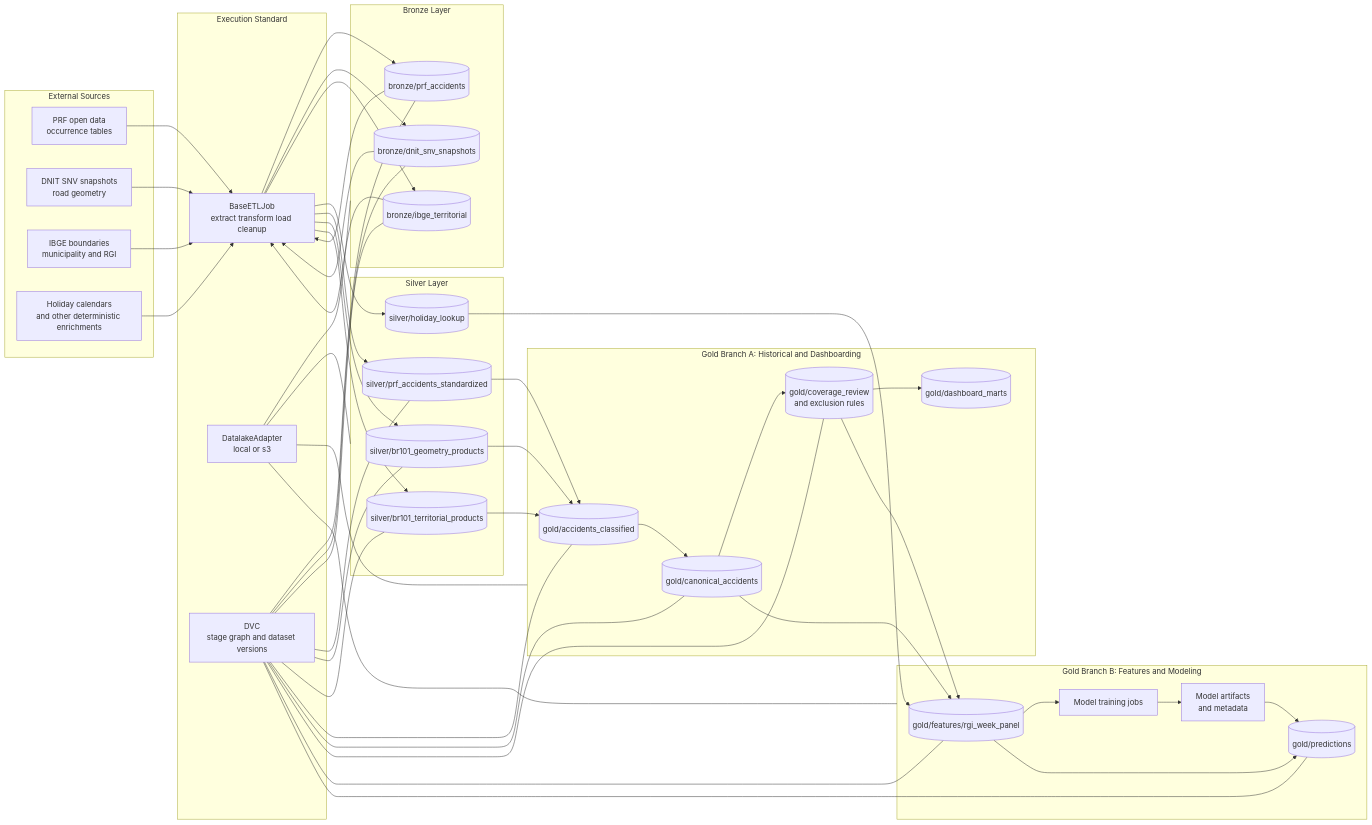
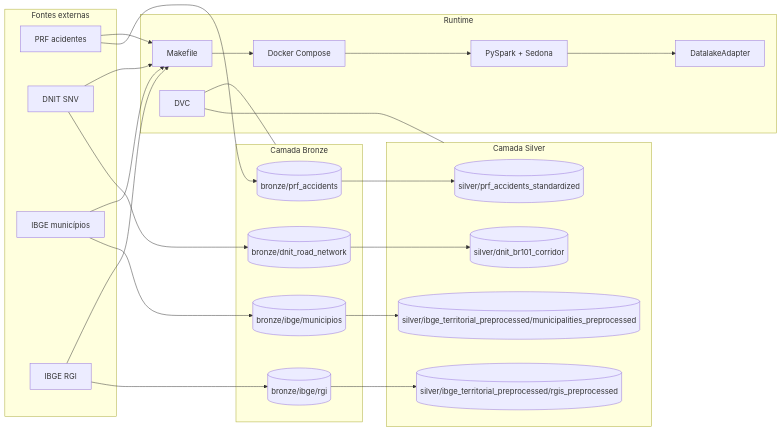
One commit to alwolmer/radar-prf-101 changed the diagram in documentation/br101-architecture.md. Above: the diagram before and after it, drawn with Mermaid. The commit also changed other lines of this file and 7 other files, not shown here.

Commit message:
feat: add ibge bronze2silver, wire up make targets and dvc graph

````diff
--- a/documentation/br101-architecture.md
+++ b/documentation/br101-architecture.md
@@ -28,80 +9,46 @@
 ```mermaid
 flowchart LR
-    subgraph Sources[External Sources]
-        PRF[PRF open data\noccurrence tables]
-        DNIT[DNIT SNV snapshots\nroad geometry]
-        IBGE[IBGE boundaries\nmunicipality and RGI]
-        HOL[Holiday calendars\nand other deterministic enrichments]
+    subgraph Sources[Fontes externas]
+        PRF[PRF acidentes]
+        DNIT[DNIT SNV]
+        IBGEM[IBGE municípios]
+        IBGER[IBGE RGI]
     end
 
-    subgraph Runtime[Execution Standard]
-        JOB[BaseETLJob\nextract transform load cleanup]
-        DL[DatalakeAdapter\nlocal or s3]
-        DVC[DVC\nstage graph and dataset versions]
+    subgraph Runtime[Runtime]
+        MAKE[Makefile]
+        DOCKER[Docker Compose]
+        SPARK[PySpark + Sedona]
+        DVC[DVC]
+        DL[DatalakeAdapter]
     end
 
-    subgraph Bronze[Bronze Layer]
+    subgraph Bronze[Camada Bronze]
         PRFB[(bronze/prf_accidents)]
-        DNITB[(bronze/dnit_snv_snapshots)]
-        IBGEB[(bronze/ibge_territorial)]
+        DNITB[(bronze/dnit_road_network)]
+        MUNB[(bronze/ibge/municipios)]
+        RGIB[(bronze/ibge/rgi)]
     end
 
-    subgraph Silver[Silver Layer]
+    subgraph Silver[Camada Silver]
         PRFS[(silver/prf_accidents_standardized)]
-        DNITS[(silver/br101_geometry_products)]
-        IBGES[(silver/br101_territorial_products)]
-        HOLS[(silver/holiday_lookup)]
+        DNITS[(silver/dnit_br101_corridor)]
+        IBGEMS[(silver/ibge_territorial_preprocessed/municipalities_preprocessed)]
+        IBGERS[(silver/ibge_territorial_preprocessed/rgis_preprocessed)]
     end
 
-    subgraph GoldHist[Gold Branch A: Historical and Dashboarding]
-        CLASS[(gold/accidents_classified)]
-        CANON[(gold/canonical_accidents)]
-        COVERAGE[(gold/coverage_review\nand exclusion rules)]
-        DASH[(gold/dashboard_marts)]
-    end
+    PRF --> MAKE
+    DNIT --> MAKE
+    IBGEM --> MAKE
+    IBGER --> MAKE
 
-    subgraph GoldFeat[Gold Branch B: Features and Modeling]
-        PANEL[(gold/features/rgi_week_panel)]
-        TRAIN[Model training jobs]
-        MODEL[Model artifacts\nand metadata]
-        PRED[(gold/predictions)]
-    end
+    MAKE --> DOCKER --> SPARK
+    SPARK --> DL
+    DVC --- Bronze
+    DVC --- Silver
 
-    PRF --> JOB --> PRFB
-    DNIT --> JOB --> DNITB
-    IBGE --> JOB --> IBGEB
-    HOL --> JOB --> HOLS
-
-    PRFB --> JOB --> PRFS
-    DNITB --> JOB --> DNITS
-    IBGEB --> JOB --> IBGES
-
-    PRFS --> CLASS
-    DNITS --> CLASS
-    IBGES --> CLASS
-
-    CLASS --> CANON --> COVERAGE --> DASH
-    CANON --> PANEL
-    COVERAGE --> PANEL
-    HOLS --> PANEL
-
-    PANEL --> TRAIN --> MODEL
-    PANEL --> PRED
-    MODEL --> PRED
-
-    DVC --- PRFB
-    DVC --- DNITB
-    DVC --- IBGEB
-    DVC --- PRFS
-    DVC --- DNITS
-    DVC --- IBGES
-    DVC --- CLASS
-    DVC --- CANON
-    DVC --- COVERAGE
-    DVC --- PANEL
-    DVC --- PRED
-    DL --- Bronze
-    DL --- Silver
-    DL --- GoldHist
-    DL --- GoldFeat
+    PRF --> PRFB --> PRFS
+    DNIT --> DNITB --> DNITS
+    IBGEM --> MUNB --> IBGEMS
+    IBGER --> RGIB --> IBGERS
 ```
````
